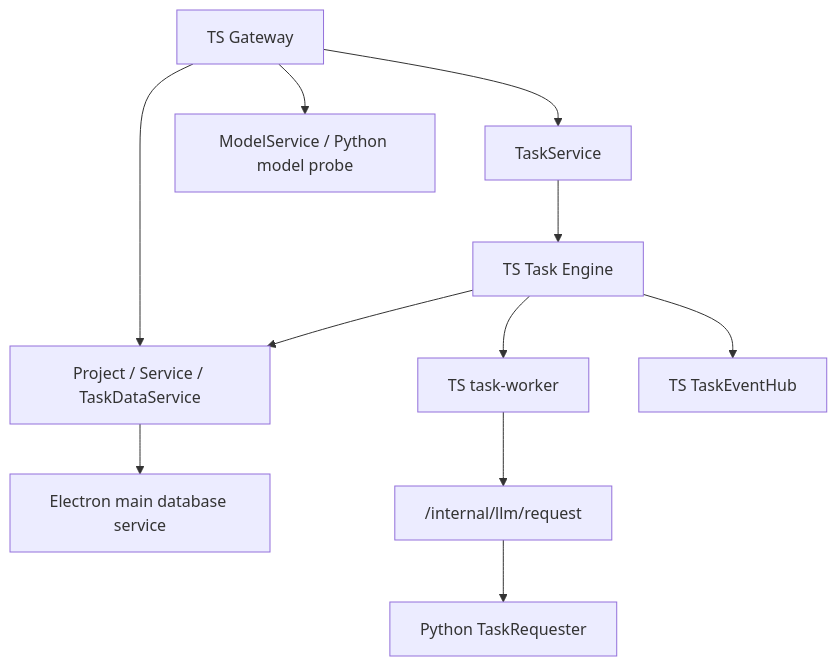
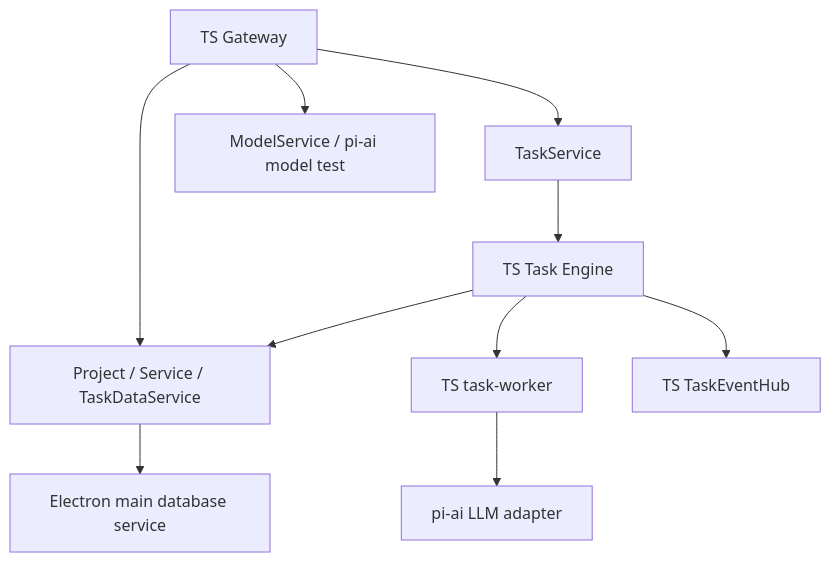
One commit to neavo/LinguaGacha changed the first of 4 diagrams in docs/DATA.md. Above: the diagram before and after it, drawn with Mermaid. The commit also changed other lines of this file and 239 other files, not shown here.

````diff
--- a/docs/DATA.md
+++ b/docs/DATA.md
@@ -19,13 +17,12 @@
 ```mermaid
 flowchart TD
     A["TS Gateway"] --> B["Project / Service / TaskDataService"]
     B --> C["Electron main database service"]
     A --> D["TaskService"]
     D --> E["TS Task Engine"]
     E --> F["TS task-worker"]
-    F --> G["/internal/llm/request"]
-    G --> J["Python TaskRequester"]
+    F --> G["pi-ai LLM adapter"]
     E --> B
     E --> H["TS TaskEventHub"]
-    A --> I["ModelService / Python model probe"]
+    A --> I["ModelService / pi-ai model test"]
 ```
````
